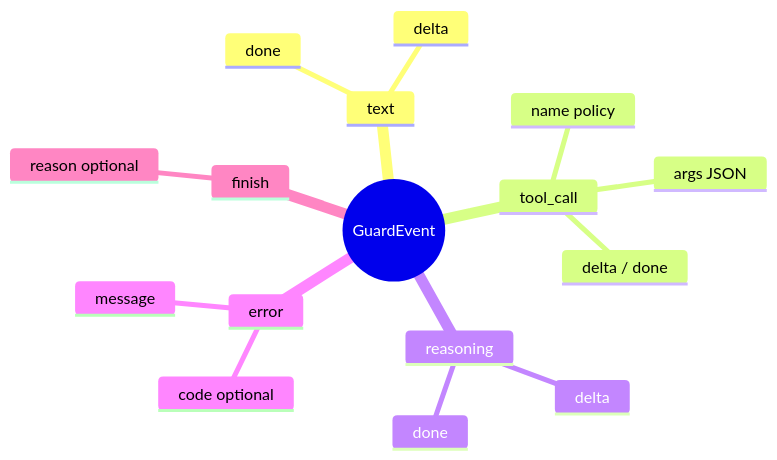
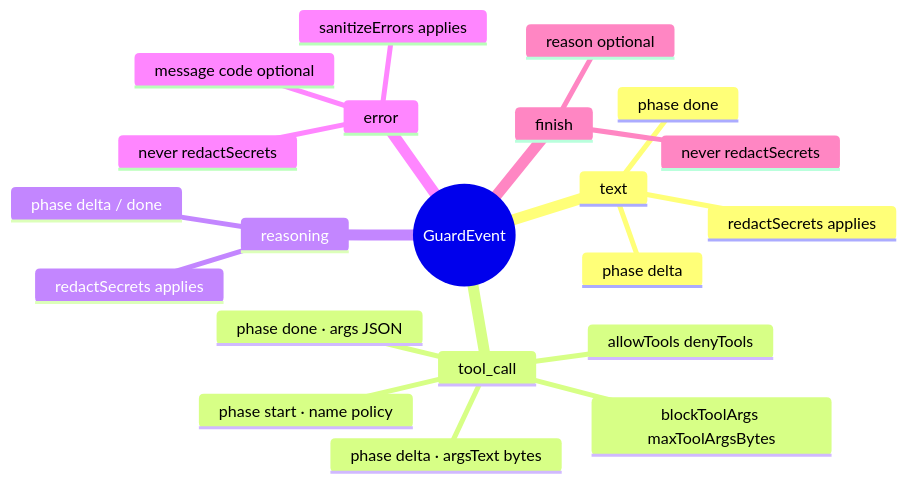
One commit to 01laky/llm-stream-guard changed the diagram in docs/img/guard-event.mmd. Above: the diagram before and after it, drawn with Mermaid. The commit also changed 35 other files, not shown here.

First line of the commit message:
Docs: beginner guides, reference docs, and diagram overhaul (0.8.0 prep).

```diff
--- a/docs/img/guard-event.mmd
+++ b/docs/img/guard-event.mmd
@@ -1,17 +1,22 @@
 mindmap
   root((GuardEvent))
     text
-      delta
-      done
+      phase delta
+      phase done
+      redactSecrets applies
     tool_call
-      name policy
-      args JSON
-      delta / done
+      phase start · name policy
+      phase delta · argsText bytes
+      phase done · args JSON
+      allowTools denyTools
+      blockToolArgs maxToolArgsBytes
     reasoning
-      delta
-      done
+      phase delta / done
+      redactSecrets applies
     error
-      message
-      code optional
+      message code optional
+      sanitizeErrors applies
+      never redactSecrets
     finish
       reason optional
+      never redactSecrets
```
